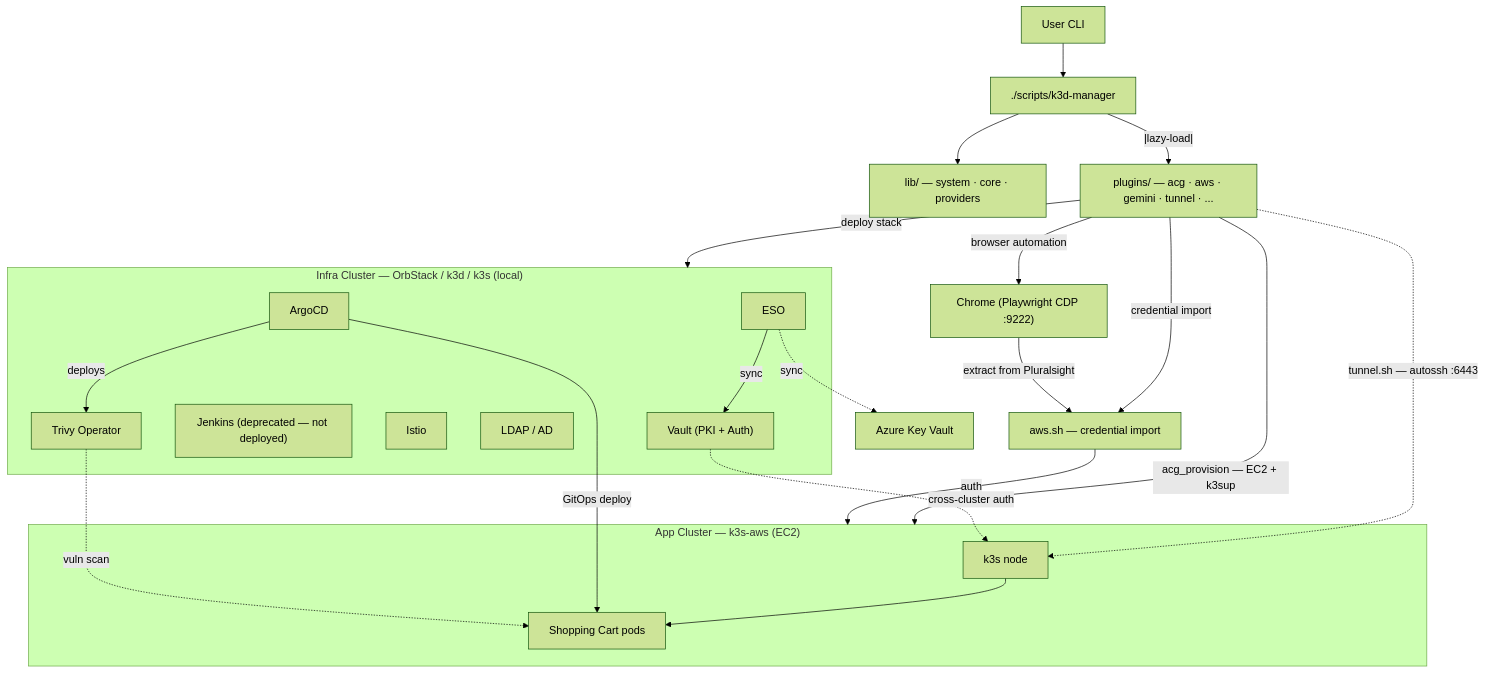
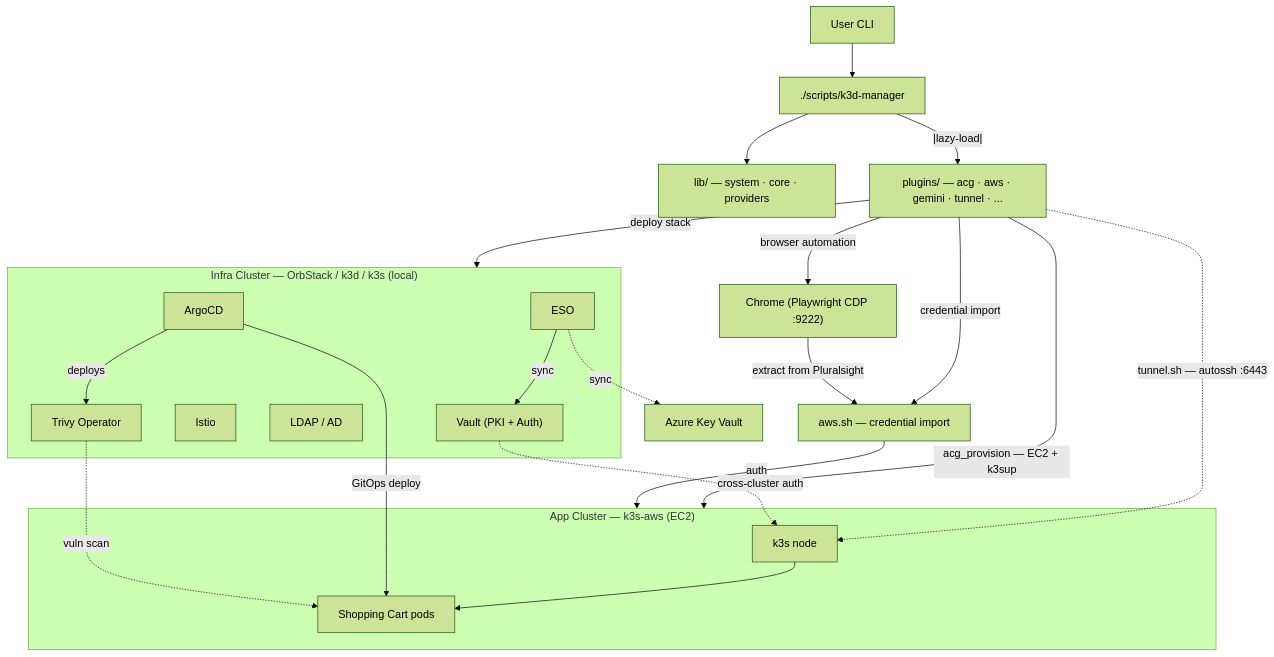
One commit to wilddog64/k3d-manager changed the diagram in README.md. Above: the diagram before and after it, drawn with Mermaid (forest theme). The commit also changed other lines of this file and 133 other files, not shown here.

````diff
--- a/README.md
+++ b/README.md
@@ -126,39 +123,38 @@
 ```mermaid
 graph TD
   U[User CLI] --> KM[./scripts/k3d-manager]
   KM --> LIB["lib/ — system · core · providers"]
   KM --|lazy-load|--> PLUG["plugins/ — acg · aws · gemini · tunnel · ..."]
 
   subgraph Infra ["Infra Cluster — OrbStack / k3d / k3s (local)"]
     VAULT["Vault (PKI + Auth)"]
     ESO[ESO]
     ARGOCD[ArgoCD]
-    JENKINS["Jenkins (deprecated — not deployed)"]
     ISTIO[Istio]
     LDAP[LDAP / AD]
     TRIVY[Trivy Operator]
     ESO -->|sync| VAULT
     ARGOCD -->|deploys| TRIVY
   end
 
   subgraph AppCluster ["App Cluster — k3s-aws (EC2)"]
     K3S[k3s node]
     APPS[Shopping Cart pods]
     K3S --> APPS
   end
 
   ANTG["Chrome (Playwright CDP :9222)"]
   AWSC["aws.sh — credential import"]
 
   PLUG -->|deploy stack| Infra
   PLUG -->|acg_provision — EC2 + k3sup| AppCluster
   PLUG -->|browser automation| ANTG
   PLUG -->|credential import| AWSC
   ANTG -->|extract from Pluralsight| AWSC
   AWSC -->|auth| AppCluster
   PLUG -.->|tunnel.sh — autossh :6443| K3S
   ARGOCD -->|GitOps deploy| APPS
   TRIVY -.->|vuln scan| APPS
   VAULT -.->|cross-cluster auth| K3S
   ESO -.->|sync| AKV[Azure Key Vault]
 ```
````
